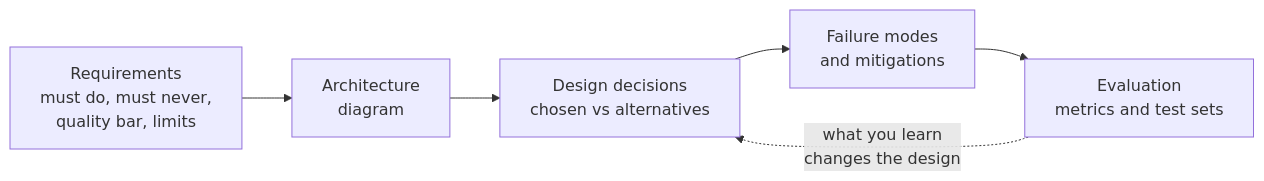
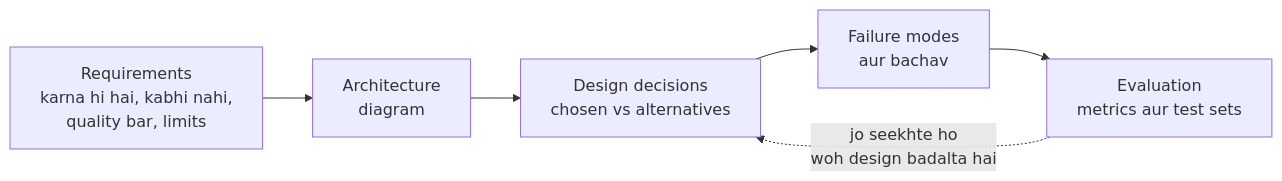
The diagram in docs/17-case-studies/README.md (asmustechno/agentic-ai-notes), drawn with Mermaid before and after one commit. The commit also changed other lines of this file and 135 other files, not shown here.

````diff
--- a/docs/17-case-studies/README.md
+++ b/docs/17-case-studies/README.md
@@ -26,8 +28,8 @@
 ```mermaid
 flowchart LR
-    R["Requirements<br/>must do, must never,<br/>quality bar, limits"] --> A["Architecture<br/>diagram"]
+    R["Requirements<br/>karna hi hai, kabhi nahi,<br/>quality bar, limits"] --> A["Architecture<br/>diagram"]
     A --> D["Design decisions<br/>chosen vs alternatives"]
-    D --> F["Failure modes<br/>and mitigations"]
-    F --> E["Evaluation<br/>metrics and test sets"]
-    E -.->|"what you learn<br/>changes the design"| D
+    D --> F["Failure modes<br/>aur bachav"]
+    F --> E["Evaluation<br/>metrics aur test sets"]
+    E -.->|"jo seekhte ho<br/>woh design badalta hai"| D
 ```
````
